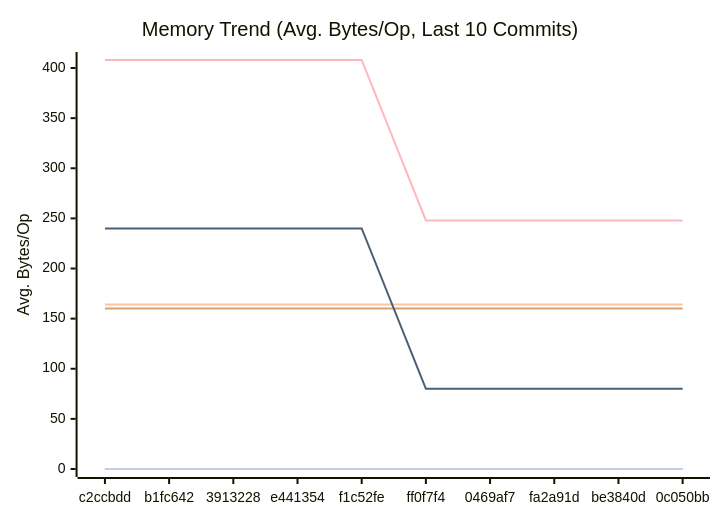
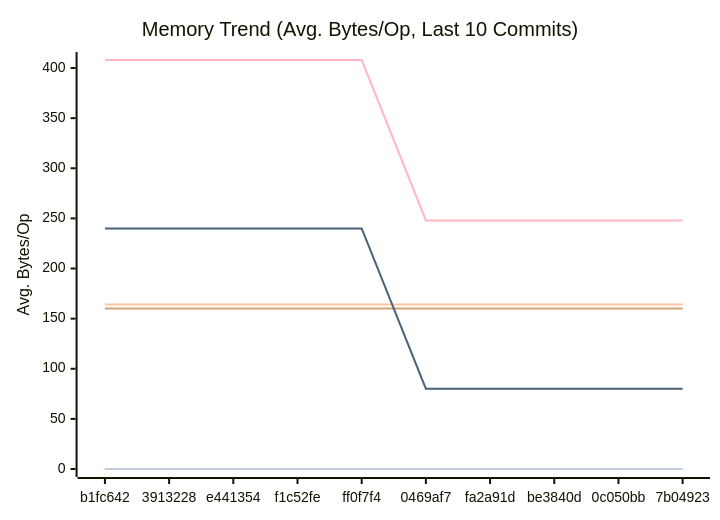
One commit to alsotoes/momo changed the second of 3 diagrams in docs/PERFORMANCE.md. Above: the diagram before and after it, drawn with Mermaid. The commit also changed other lines of this file and 4 other files, not shown here.

````diff
--- a/docs/PERFORMANCE.md
+++ b/docs/PERFORMANCE.md
@@ -97,16 +97,16 @@
 ```mermaid
 xychart-beta
     title "Memory Trend (Avg. Bytes/Op, Last 10 Commits)"
     x-axis "Commit"
     y-axis "Avg. Bytes/Op"
-    x-axis [c2ccbdd,b1fc642,3913228,e441354,f1c52fe,ff0f7f4,0469af7,fa2a91d,be3840d,0c050bb]
+    x-axis [b1fc642,3913228,e441354,f1c52fe,ff0f7f4,0469af7,fa2a91d,be3840d,0c050bb,7b04923]
     line "CheckMetricsAndSwap" [0,0,0,0,0,0,0,0,0,0]
     line "CrushOptimized" [0,0,0,0,0,0,0,0,0,0]
     line "CrushOriginal" [164,164,164,164,164,164,164,164,164,164]
     line "IndexDirectTracking" [0,0,0,0,0,0,0,0,0,0]
     line "IndexSearch" [0,0,0,0,0,0,0,0,0,0]
     line "LoadGlobalConfig" [160,160,160,160,160,160,160,160,160,160]
     line "PadString" [0,0,0,0,0,0,0,0,0,0]
     line "ParseReplicationOrder_NoPrealloc" [408,408,408,408,408,248,248,248,248,248]
     line "ParseReplicationOrder_Prealloc" [240,240,240,240,240,80,80,80,80,80]
 ```
````
